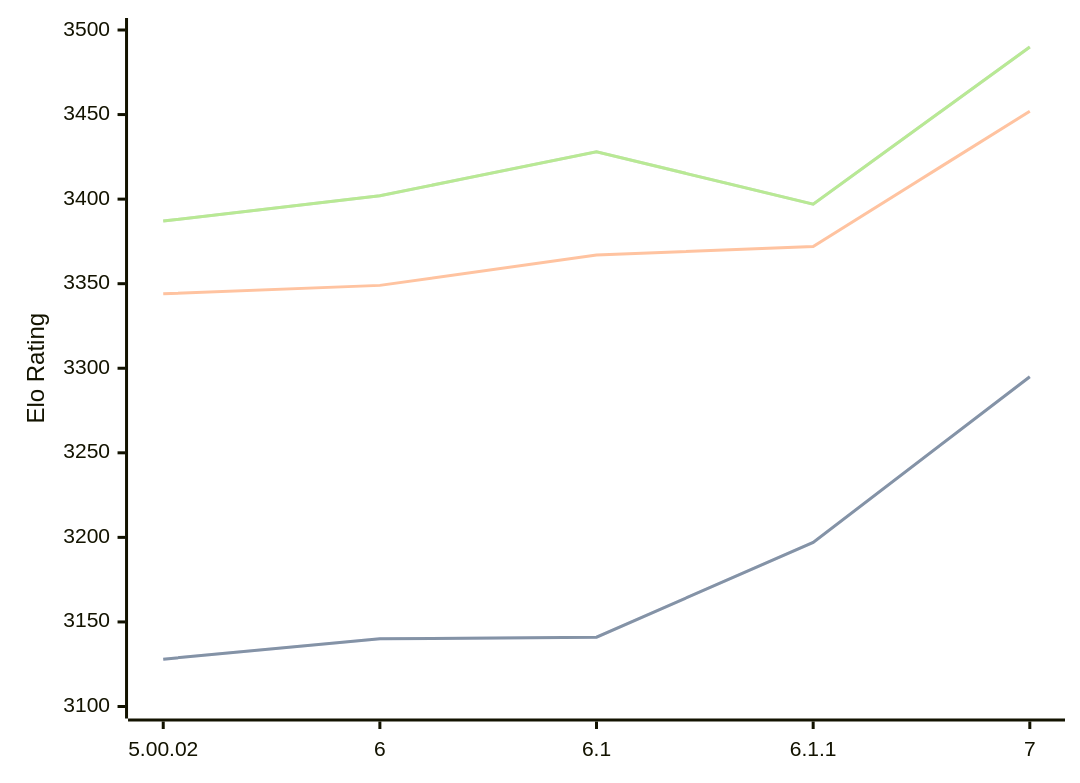
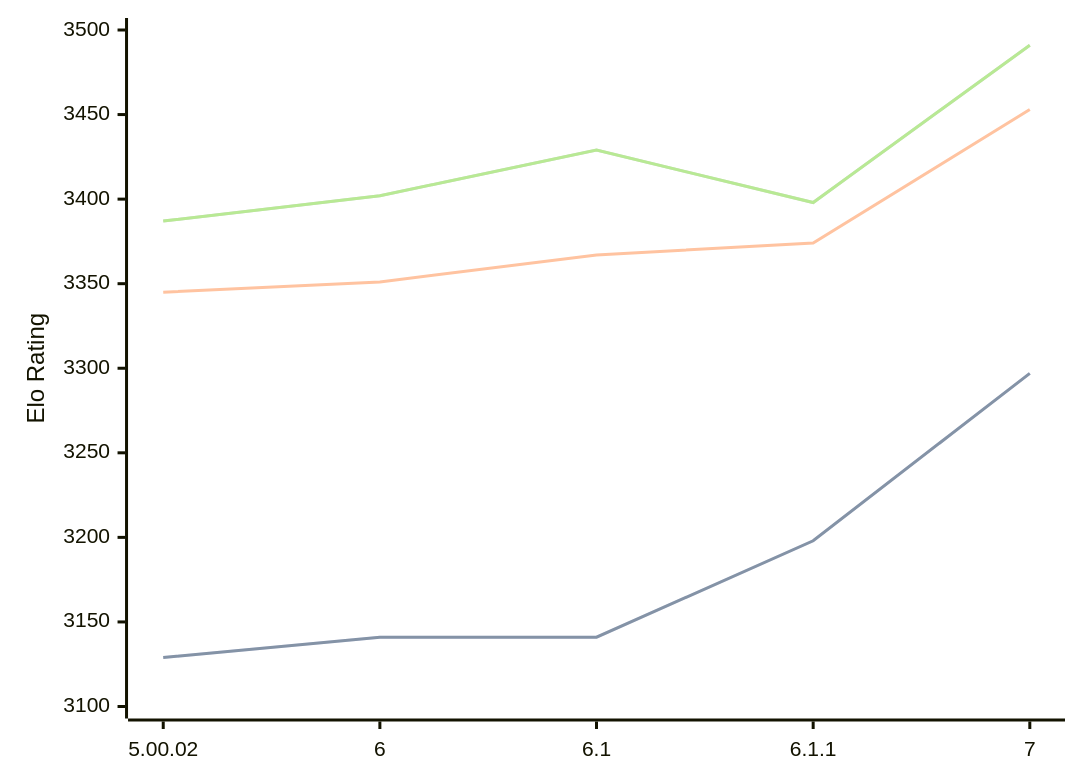
Before and after one commit to computer-chess-index/cci: the diagram in engines/Zangdar.md, drawn with Mermaid. The commit also changed other lines of this file, not shown here.

Commit message:
Update CCI Ratings (ELO VLTC) - 2026-08-21

````diff
--- a/engines/Zangdar.md
+++ b/engines/Zangdar.md
@@ -35,11 +35,11 @@
 ```mermaid
 %%{init: {"theme":"base","themeVariables":{"seriesColors:['#a3a3a3','#222221','#faa371']}}}%%
 xychart-beta
   x-axis ["5.00.02", "6", "6.1", "6.1.1", "7"]
   y-axis "Elo Rating" 3100 --> 3500
-  line "STC (8.0+0.08s)" [3128, 3140, 3141, 3197, 3295]
-  line "STC (8.0+0.08s)" [3128, 3140, 3141, 3197, 3295]
-  line "LTC (60.0+0.60s)" [3344, 3349, 3367, 3372, 3452]
-  line "VLTC (2m24s+1.12s)" [3387, 3402, 3428, 3397, 3490]
-  line "VLTC (2m24s+1.12s)" [3387, 3402, 3428, 3397, 3490]
+  line "STC (8.0+0.08s)" [3129, 3141, 3141, 3198, 3297]
+  line "STC (8.0+0.08s)" [3129, 3141, 3141, 3198, 3297]
+  line "LTC (60.0+0.60s)" [3345, 3351, 3367, 3374, 3453]
+  line "VLTC (2m24s+1.12s)" [3387, 3402, 3429, 3398, 3491]
+  line "VLTC (2m24s+1.12s)" [3387, 3402, 3429, 3398, 3491]
 ```
````
